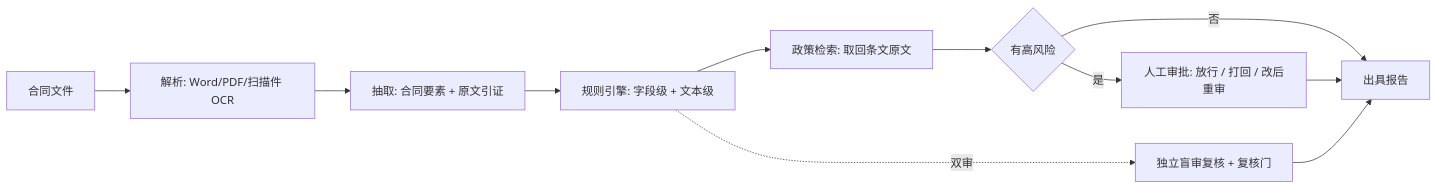
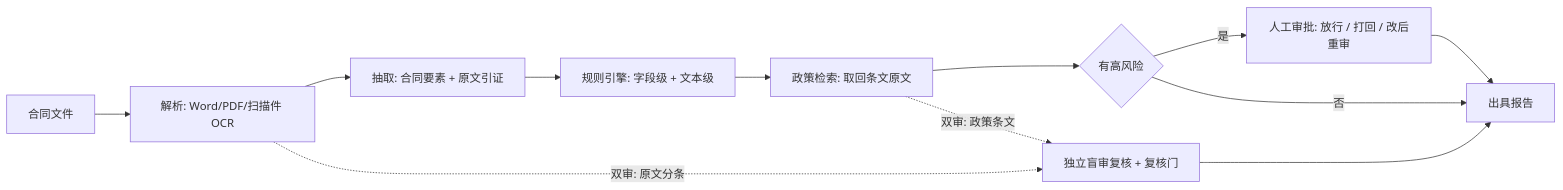
The diagram in README.md (yangYang910aaa/ContractAgent), drawn with Mermaid before and after one commit. The commit also changed other lines of this file, not shown here.

Commit message:
1. README(顶部): 加徽章(统一样式带图标)与锚点导航, 首图改成居中并重写图注 2. README(正文): 补三幕演示与设计取舍两节, 四条能力提成表格, 每一节开头加导语 3. README(细节): 政策库示例补文件名要求, 双审分支改从解析与政策检索引出, 用词与图注统一

````diff
--- a/README.md
+++ b/README.md
@@ -53,12 +64,14 @@
 ```mermaid
 flowchart LR
     A[合同文件] --> B[解析: Word/PDF/扫描件 OCR]
     B --> C[抽取: 合同要素 + 原文引证]
     C --> D[规则引擎: 字段级 + 文本级]
     D --> E[政策检索: 取回条文原文]
     E --> F{有高风险}
     F -->|是| G[人工审批: 放行 / 打回 / 改后重审]
     F -->|否| H[出具报告]
     G --> H
-    D -.双审.-> I[独立盲审复核 + 复核门] --> H
+    B -.双审: 原文分条.-> I[独立盲审复核 + 复核门]
+    E -.双审: 政策条文.-> I
+    I --> H
 ```
````
